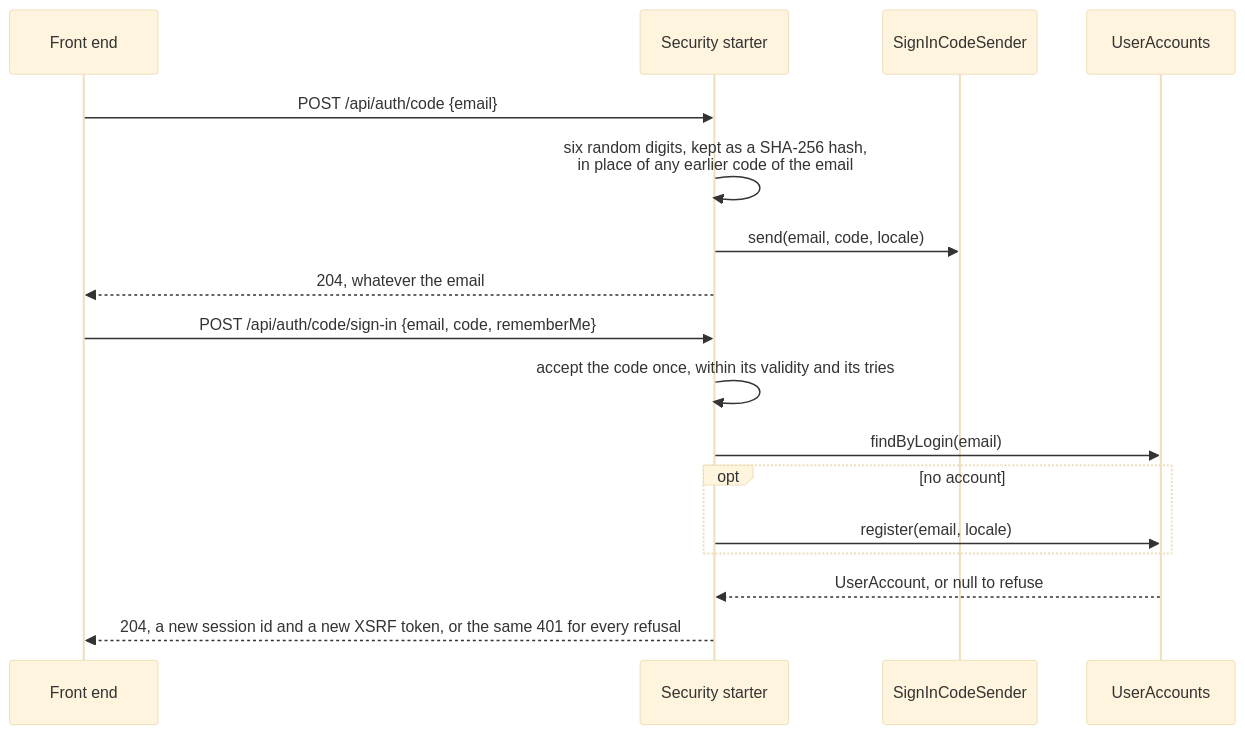
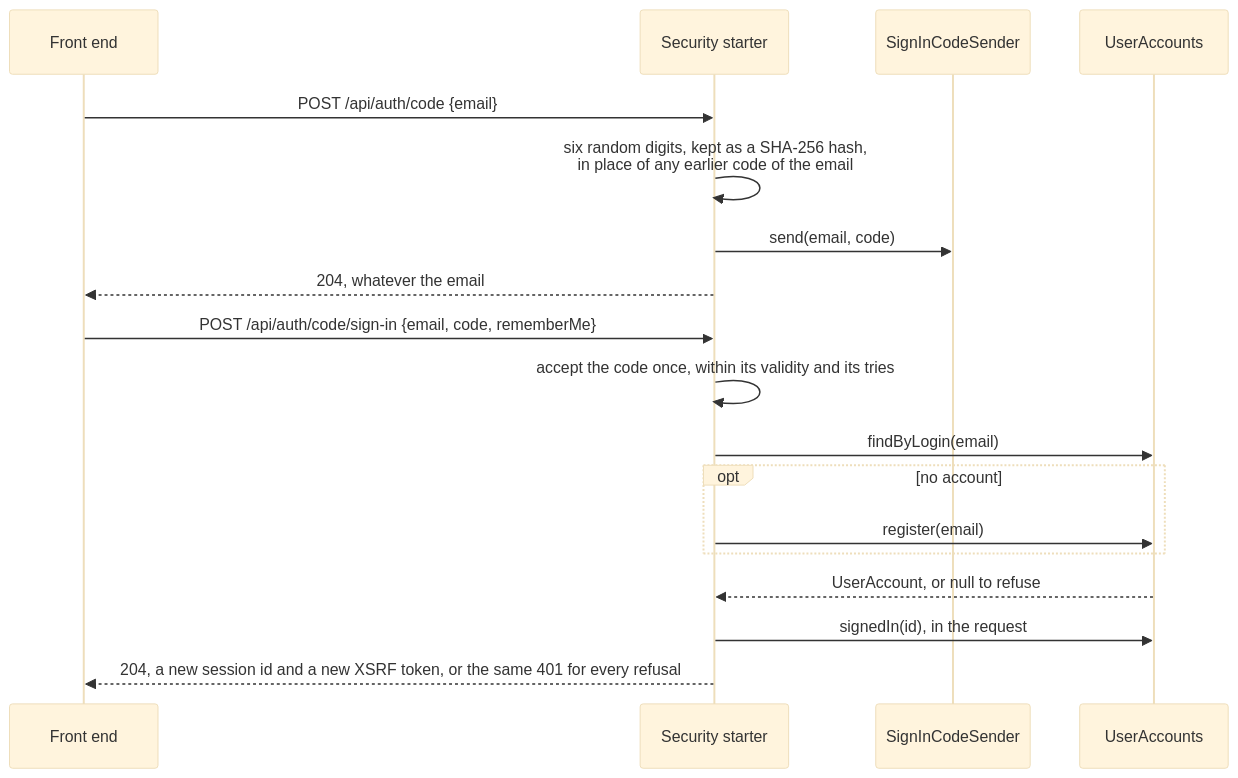
One commit to mboisnard/drinkit changed the second of 3 diagrams in tech-starters/backend/security-starter/README.md. Above: the diagram before and after it, drawn with Mermaid (base theme). The commit also changed other lines of this file and 46 other files, not shown here.

First line of the commit message:
[USER] Write the sign-in code email in the user's language, kept as a preference of the account (#705)

````diff
--- a/tech-starters/backend/security-starter/README.md
+++ b/tech-starters/backend/security-starter/README.md
@@ -26,19 +26,20 @@
 ```mermaid
 sequenceDiagram
     participant Front as Front end
     participant Starter as Security starter
     participant Sender as SignInCodeSender
     participant Accounts as UserAccounts
     Front->>Starter: POST /api/auth/code {email}
     Starter->>Starter: six random digits, kept as a SHA-256 hash,<br/>in place of any earlier code of the email
-    Starter->>Sender: send(email, code, locale)
+    Starter->>Sender: send(email, code)
     Starter-->>Front: 204, whatever the email
     Front->>Starter: POST /api/auth/code/sign-in {email, code, rememberMe}
     Starter->>Starter: accept the code once, within its validity and its tries
     Starter->>Accounts: findByLogin(email)
     opt no account
-        Starter->>Accounts: register(email, locale)
+        Starter->>Accounts: register(email)
     end
     Accounts-->>Starter: UserAccount, or null to refuse
+    Starter->>Accounts: signedIn(id), in the request
     Starter-->>Front: 204, a new session id and a new XSRF token, or the same 401 for every refusal
 ```
````
